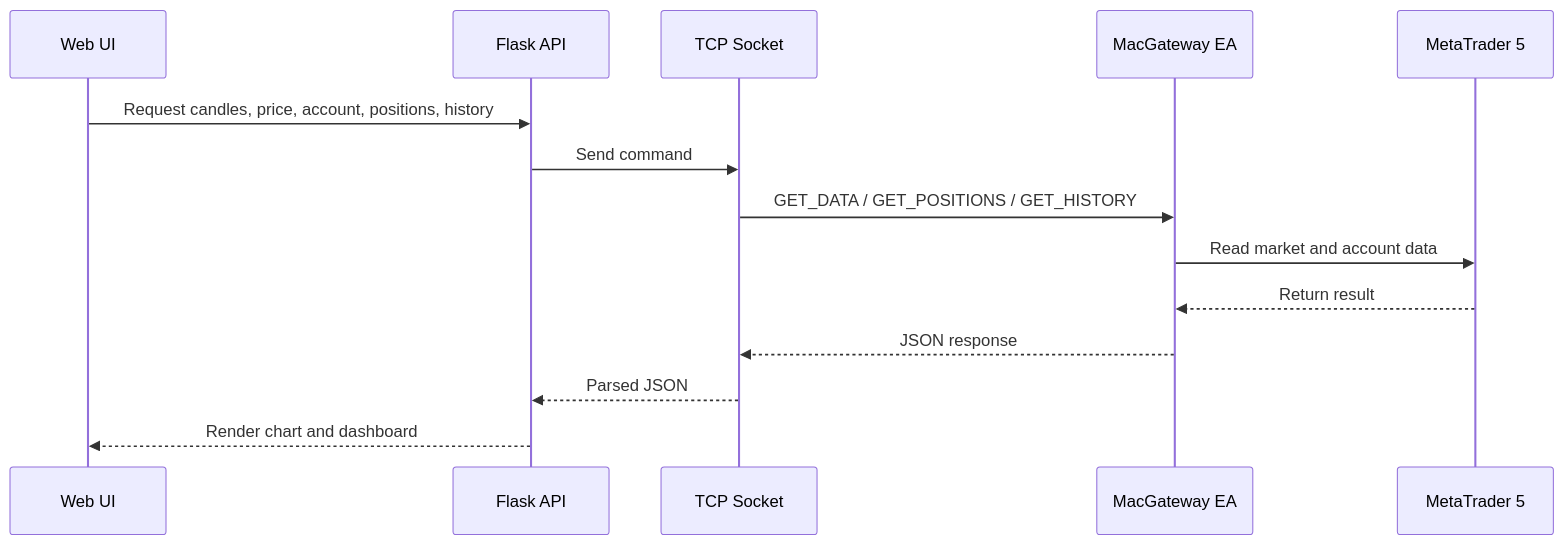
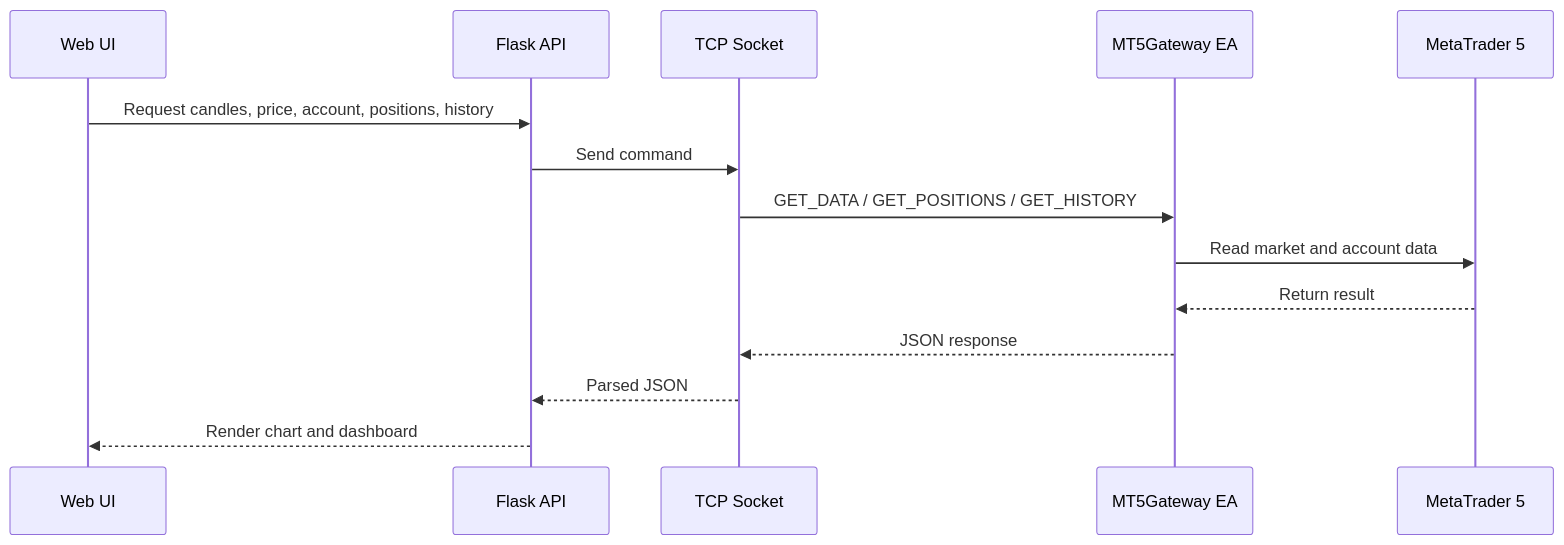
One commit to wuangnv/mt5-tradingview-backtester changed the second of 3 diagrams in README.md. Above: the diagram before and after it, drawn with Mermaid. The commit also changed other lines of this file and 8 other files, not shown here.

````diff
--- a/README.md
+++ b/README.md
@@ -46,17 +46,17 @@
 ```mermaid
 sequenceDiagram
     participant UI as Web UI
     participant API as Flask API
     participant Socket as TCP Socket
-    participant EA as MacGateway EA
+    participant EA as MT5Gateway EA
     participant MT5 as MetaTrader 5
 
     UI->>API: Request candles, price, account, positions, history
     API->>Socket: Send command
     Socket->>EA: GET_DATA / GET_POSITIONS / GET_HISTORY
     EA->>MT5: Read market and account data
     MT5-->>EA: Return result
     EA-->>Socket: JSON response
     Socket-->>API: Parsed JSON
     API-->>UI: Render chart and dashboard
 ```
````
